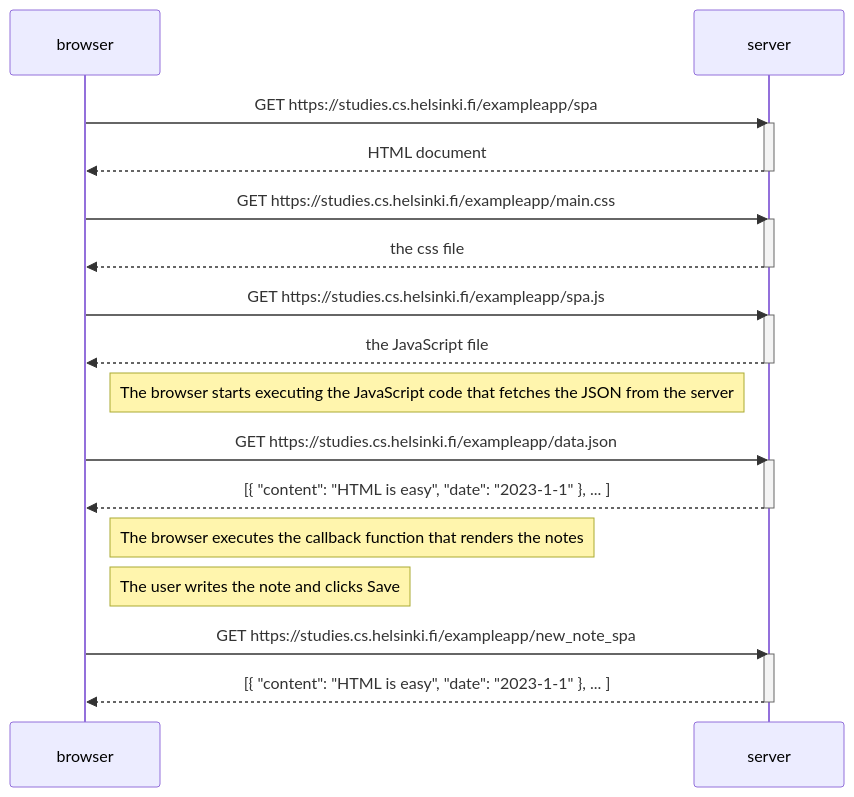
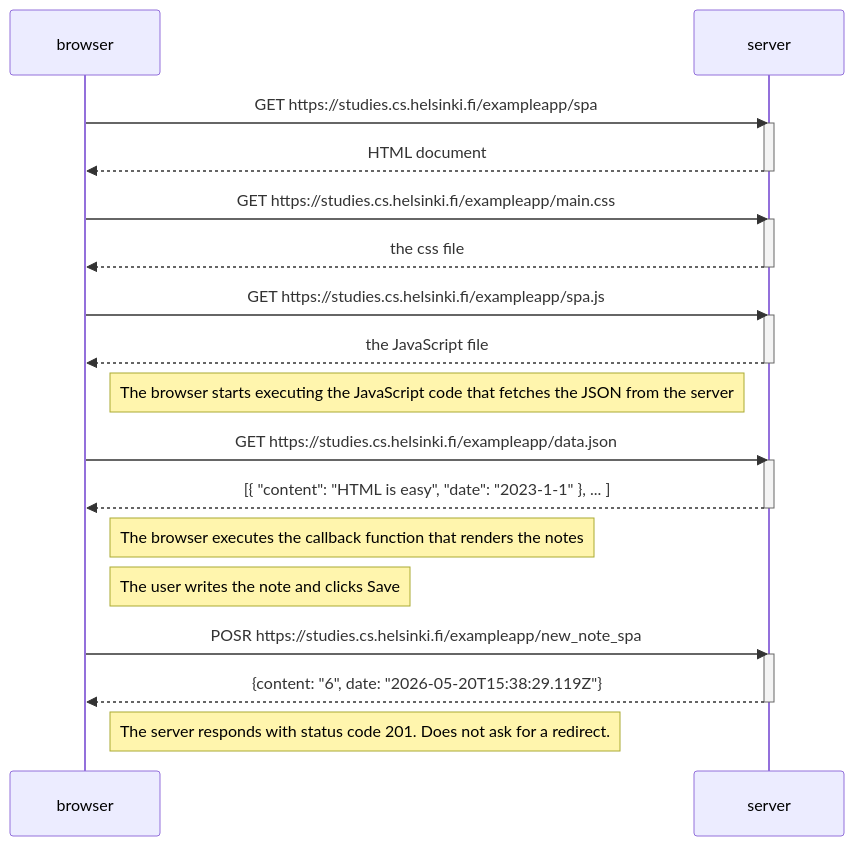
One commit to vabasda/fullstackopen changed the diagram in 06.md. Above: the diagram before and after it, drawn with Mermaid.

````diff
--- a/06.md
+++ b/06.md
@@ -1,33 +1,34 @@
 ```mermaid
     sequenceDiagram
     participant browser
     participant server
 
     browser->>server: GET https://studies.cs.helsinki.fi/exampleapp/spa
     activate server
     server-->>browser: HTML document
     deactivate server
 
     browser->>server: GET https://studies.cs.helsinki.fi/exampleapp/main.css
     activate server
     server-->>browser: the css file
     deactivate server
 
     browser->>server: GET https://studies.cs.helsinki.fi/exampleapp/spa.js
     activate server
     server-->>browser: the JavaScript file
     deactivate server
 
     Note right of browser: The browser starts executing the JavaScript code that fetches the JSON from the server
     browser->>server: GET https://studies.cs.helsinki.fi/exampleapp/data.json
     activate server
     server-->>browser: [{ "content": "HTML is easy", "date": "2023-1-1" }, ... ]
     deactivate server
 
     Note right of browser: The browser executes the callback function that renders the notes
     Note right of browser: The user writes the note and clicks Save
-    browser->>server: GET https://studies.cs.helsinki.fi/exampleapp/new_note_spa
+    browser->>server: POSR https://studies.cs.helsinki.fi/exampleapp/new_note_spa
     activate server
-    server-->>browser: [{ "content": "HTML is easy", "date": "2023-1-1" }, ... ]
+    server-->>browser: {content: "6", date: "2026-05-20T15:38:29.119Z"}
     deactivate server
+    Note right of browser: The server responds with status code 201. Does not ask for a redirect.  
 ```
````
